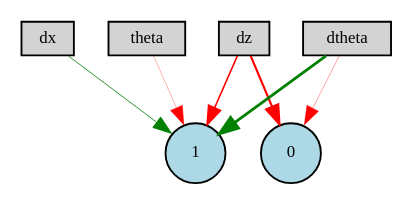
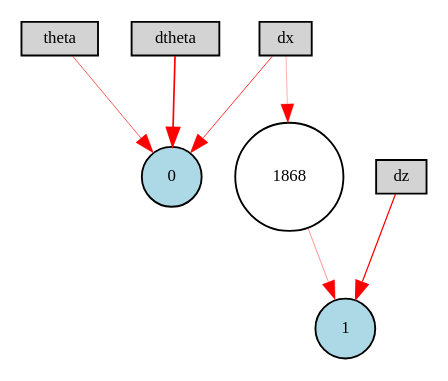
Before and after one commit to benjaminkeltjens/BioInspiredDrone: the diagram in second_stabiliser/winner-ctrnn-enabled.gv, drawn with Graphviz. The commit also changed 890 other files, not shown here.

```diff
--- a/second_stabiliser/winner-ctrnn-enabled.gv
+++ b/second_stabiliser/winner-ctrnn-enabled.gv
@@ -1,15 +1,16 @@
 digraph {
 	node [fontsize=9 height=0.2 shape=circle width=0.2]
 	dx [fillcolor=lightgray shape=box style=filled]
 	dz [fillcolor=lightgray shape=box style=filled]
 	theta [fillcolor=lightgray shape=box style=filled]
 	dtheta [fillcolor=lightgray shape=box style=filled]
 	0 [fillcolor=lightblue style=filled]
 	1 [fillcolor=lightblue style=filled]
-	dtheta -> 0 [color=red penwidth=0.19914328344301857 style=solid]
-	dz -> 0 [color=red penwidth=1.1744240668794 style=solid]
-	dz -> 1 [color=red penwidth=0.818465338560004 style=solid]
-	dx -> 1 [color=green penwidth=0.4492312161400024 style=solid]
-	dtheta -> 1 [color=green penwidth=1.524537467555033 style=solid]
-	theta -> 1 [color=red penwidth=0.17476324316210795 style=solid]
+	1868 [fillcolor=white style=filled]
+	theta -> 0 [color=red penwidth=0.3535841781095308 style=solid]
+	dtheta -> 0 [color=red penwidth=0.9085362209553732 style=solid]
+	dz -> 1 [color=red penwidth=0.6631293774898905 style=solid]
+	dx -> 0 [color=red penwidth=0.4330043551273727 style=solid]
+	dx -> 1868 [color=red penwidth=0.17431797680472377 style=solid]
+	1868 -> 1 [color=red penwidth=0.22687578840716474 style=solid]
 }
```
